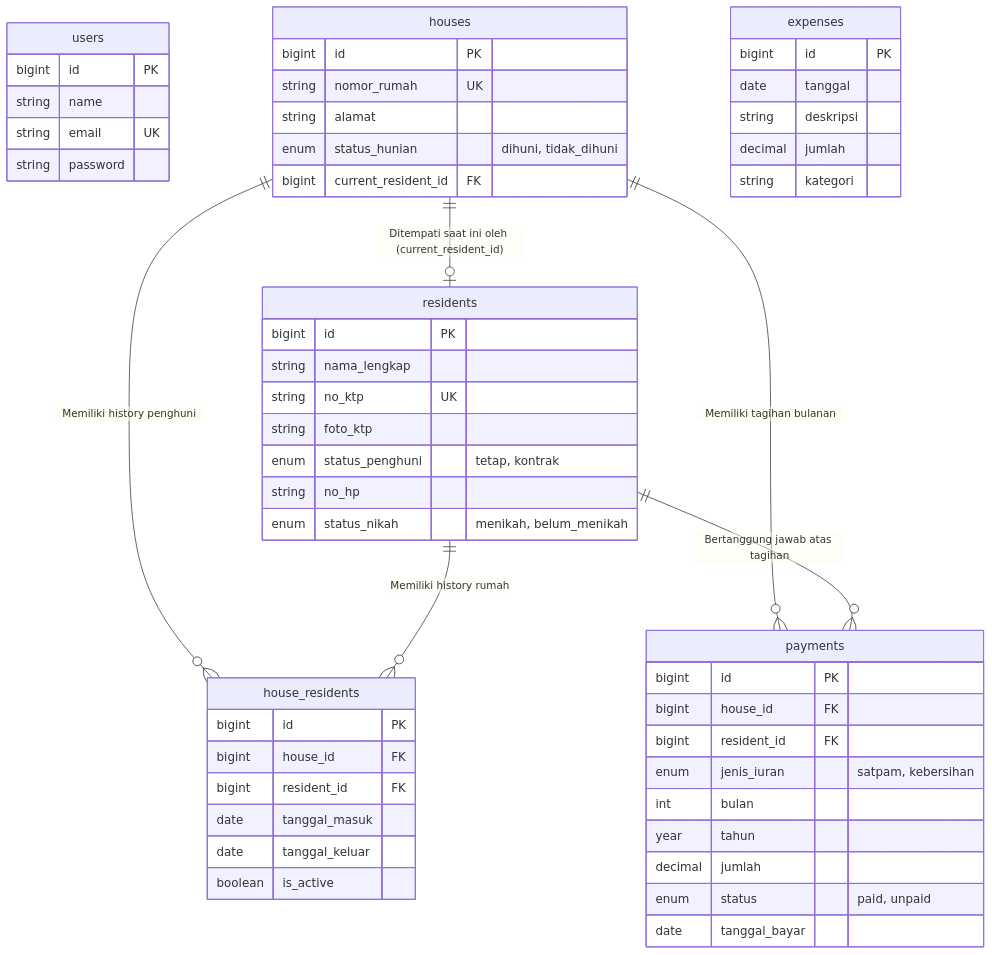
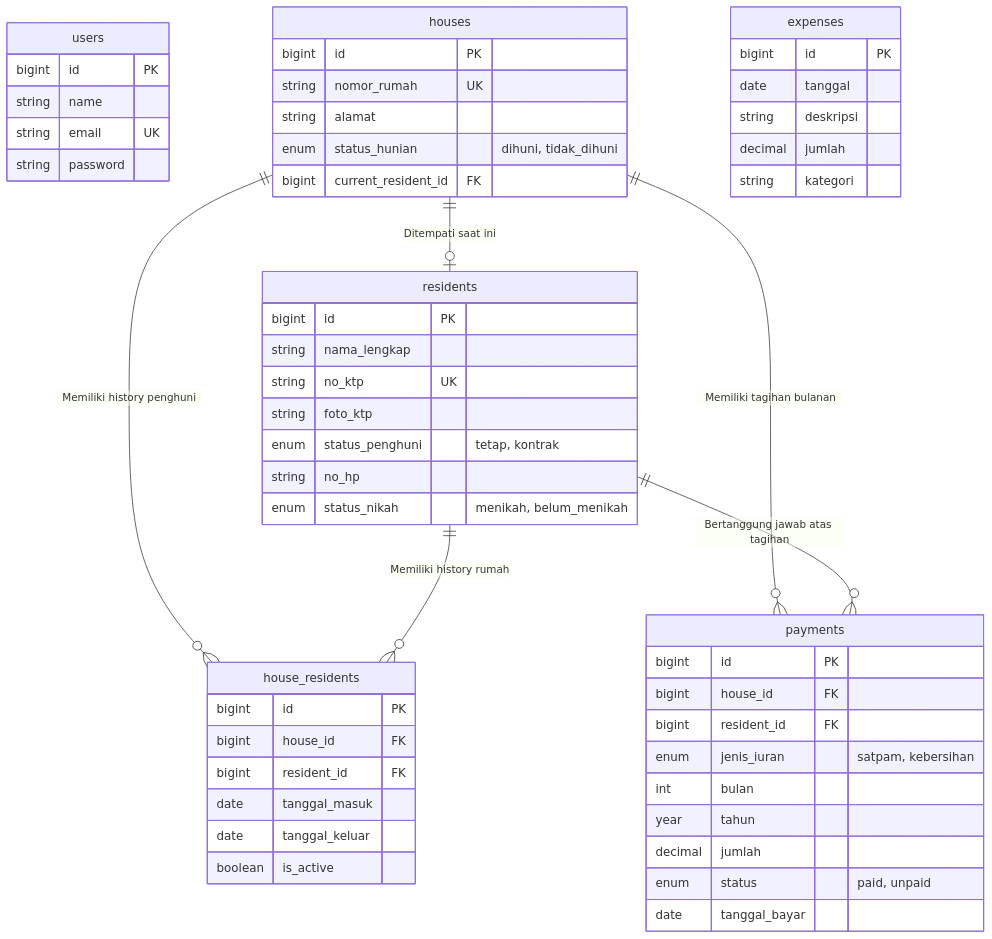
One commit to FrankStein31/Sistem_Iuran_Internal_Perumahan changed the diagram in README.md. Above: the diagram before and after it, drawn with Mermaid. The commit also changed other lines of this file and 1 other file, not shown here.

````diff
--- a/README.md
+++ b/README.md
@@ -92,62 +351,62 @@
 ```mermaid
 erDiagram
     users {
         bigint id PK
         string name
         string email UK
         string password
     }
 
     residents {
         bigint id PK
         string nama_lengkap
         string no_ktp UK
         string foto_ktp
         enum status_penghuni "tetap, kontrak"
         string no_hp
         enum status_nikah "menikah, belum_menikah"
     }
 
     houses {
         bigint id PK
         string nomor_rumah UK
         string alamat
         enum status_hunian "dihuni, tidak_dihuni"
         bigint current_resident_id FK
     }
 
     house_residents {
         bigint id PK
         bigint house_id FK
         bigint resident_id FK
         date tanggal_masuk
         date tanggal_keluar
         boolean is_active
     }
 
     payments {
         bigint id PK
         bigint house_id FK
         bigint resident_id FK
         enum jenis_iuran "satpam, kebersihan"
         int bulan
         year tahun
         decimal jumlah
         enum status "paid, unpaid"
         date tanggal_bayar
     }
 
     expenses {
         bigint id PK
         date tanggal
         string deskripsi
         decimal jumlah
         string kategori
     }
 
-    houses ||--o| residents : "Ditempati saat ini oleh (current_resident_id)"
+    houses ||--o| residents : "Ditempati saat ini"
     houses ||--o{ house_residents : "Memiliki history penghuni"
     residents ||--o{ house_residents : "Memiliki history rumah"
     houses ||--o{ payments : "Memiliki tagihan bulanan"
     residents ||--o{ payments : "Bertanggung jawab atas tagihan"
 ```
````
